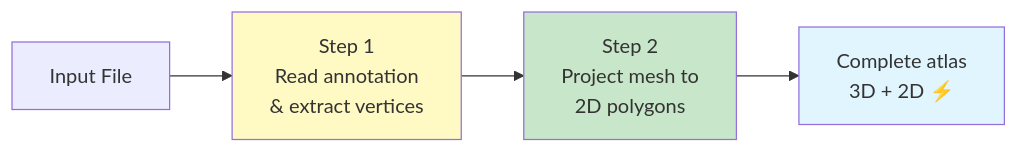
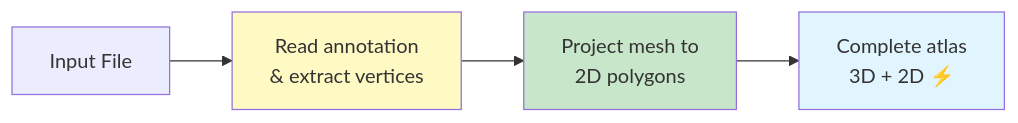
The second of 6 diagrams in articles/atlas-workflows.md (ggsegverse/ggseg.extra), drawn with Mermaid before and after one commit. The commit also changed other lines of this file and 88 other files, not shown here.

````diff
--- a/articles/atlas-workflows.md
+++ b/articles/atlas-workflows.md
@@ -70,10 +55,10 @@
 ``` mermaid
 flowchart LR
-    A[Input File] --> S1["Step 1<br/>Read annotation<br/>& extract vertices"]
-    S1 --> S2["Step 2<br/>Project mesh to<br/>2D polygons"]
+    A[Input File] --> S1["Read annotation<br/>& extract vertices"]
+    S1 --> S2["Project mesh to<br/>2D polygons"]
     S2 --> F[Complete atlas<br/>3D + 2D ⚡]
 
     style S1 fill:#fff9c4
     style S2 fill:#c8e6c9
     style F fill:#e1f5ff
 ```
````
